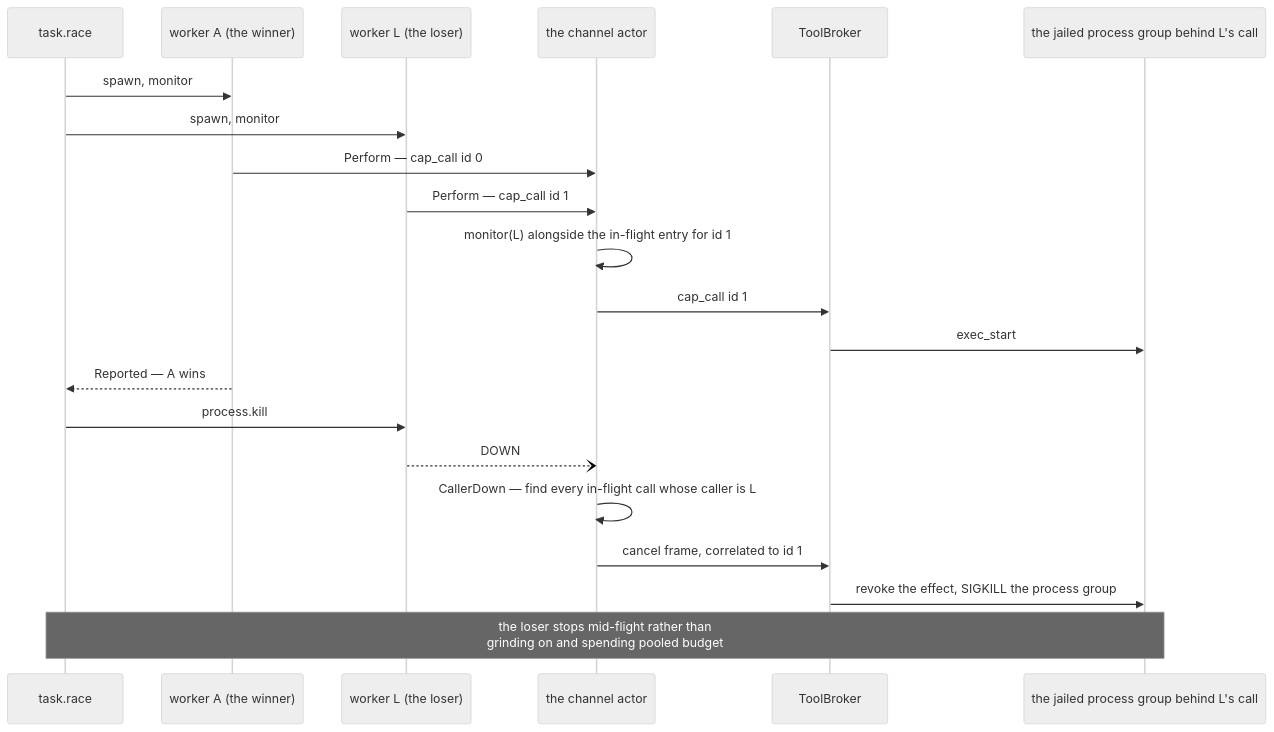
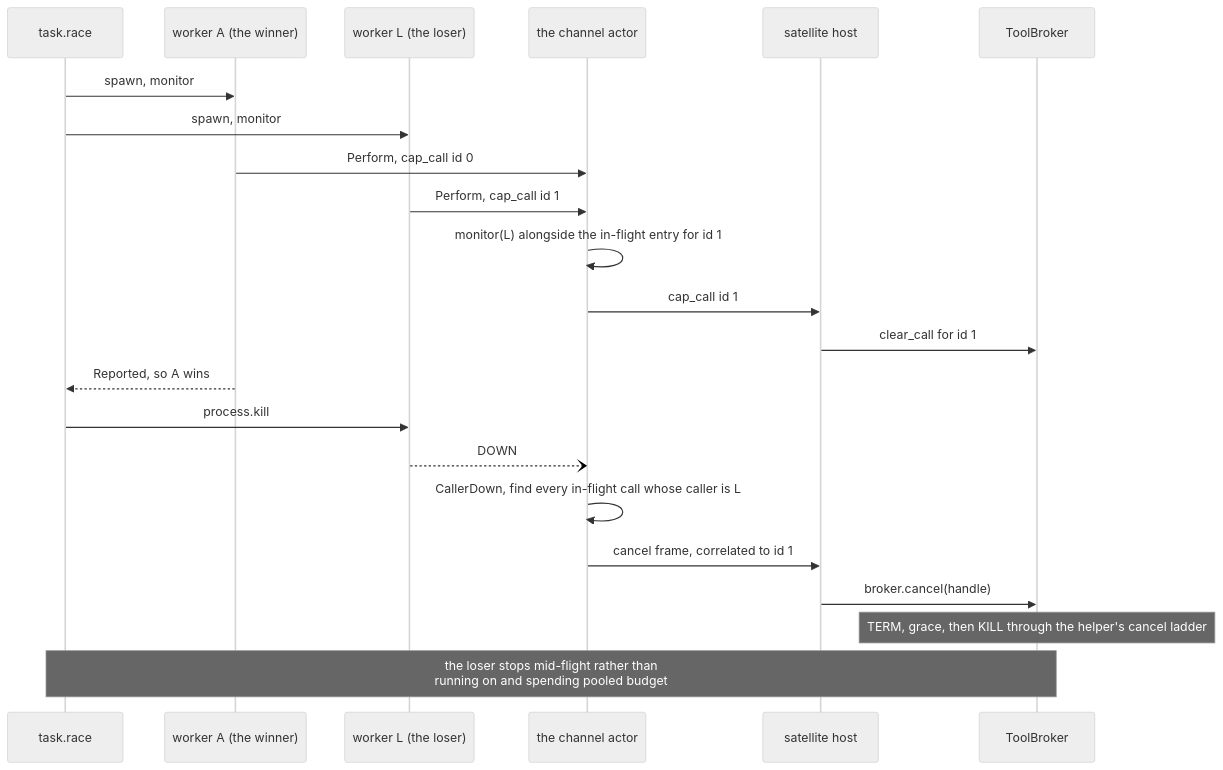
Before and after one commit to Roasbeef/loom: the fourth of 5 diagrams in packages/cap/README.md, drawn with Mermaid (neutral theme). The commit also changed other lines of this file, not shown here.

First line of the commit message:
cap: document which router answers each capability

````diff
--- a/packages/cap/README.md
+++ b/packages/cap/README.md
@@ -167,24 +217,25 @@
 ```mermaid
 sequenceDiagram
   participant R as task.race
   participant A as worker A (the winner)
   participant L as worker L (the loser)
   participant C as the channel actor
+  participant H as satellite host
   participant B as ToolBroker
-  participant J as the jailed process group behind L's call
 
   R->>A: spawn, monitor
   R->>L: spawn, monitor
-  A->>C: Perform — cap_call id 0
-  L->>C: Perform — cap_call id 1
+  A->>C: Perform, cap_call id 0
+  L->>C: Perform, cap_call id 1
   C->>C: monitor(L) alongside the in-flight entry for id 1
-  C->>B: cap_call id 1
-  B->>J: exec_start
-  A-->>R: Reported — A wins
+  C->>H: cap_call id 1
+  H->>B: clear_call for id 1
+  A-->>R: Reported, so A wins
   R->>L: process.kill
   L--)C: DOWN
-  C->>C: CallerDown — find every in-flight call whose caller is L
-  C->>B: cancel frame, correlated to id 1
-  B->>J: revoke the effect, SIGKILL the process group
-  Note over R,J: the loser stops mid-flight rather than<br/>grinding on and spending pooled budget
+  C->>C: CallerDown, find every in-flight call whose caller is L
+  C->>H: cancel frame, correlated to id 1
+  H->>B: broker.cancel(handle)
+  Note over B: TERM, grace, then KILL through the helper's cancel ladder
+  Note over R,B: the loser stops mid-flight rather than<br/>running on and spending pooled budget
 ```
````
